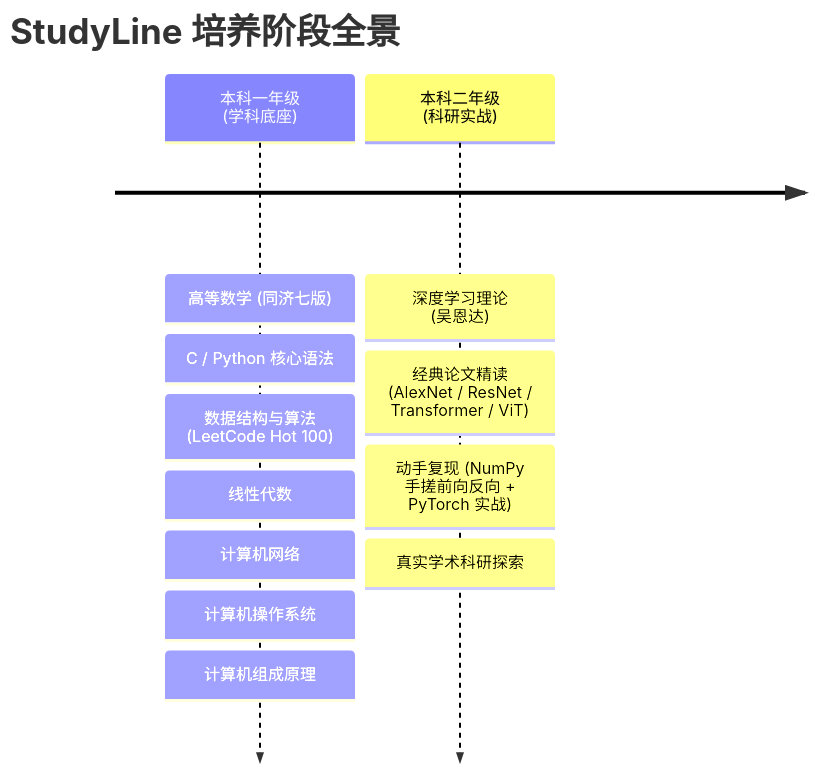
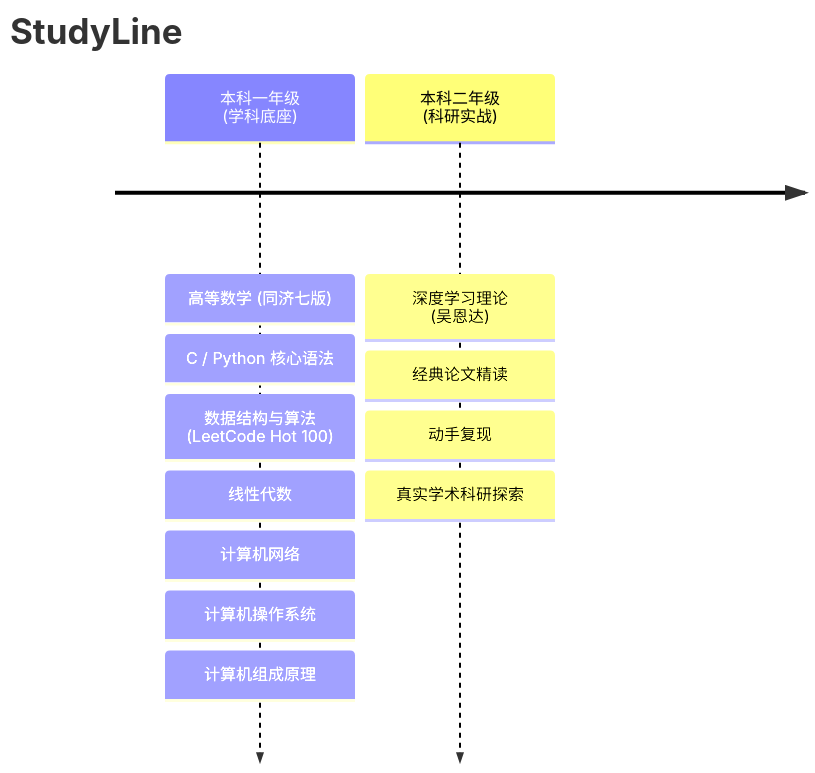
One commit to AntarcticLu/studyline changed the diagram in README.md. Above: the diagram before and after it, drawn with Mermaid. The commit also changed other lines of this file, not shown here.

````diff
--- a/README.md
+++ b/README.md
@@ -24,6 +20,6 @@
 ```mermaid
 timeline
-    title StudyLine 培养阶段全景
+    title StudyLine 
     本科一年级 (学科底座) : 高等数学 (同济七版) : C / Python 核心语法 : 数据结构与算法 (LeetCode Hot 100) : 线性代数 : 计算机网络 : 计算机操作系统 : 计算机组成原理
-    本科二年级 (科研实战) : 深度学习理论 (吴恩达) : 经典论文精读 (AlexNet / ResNet / Transformer / ViT) : 动手复现 (NumPy 手搓前向反向 + PyTorch 实战) : 真实学术科研探索
+    本科二年级 (科研实战) : 深度学习理论 (吴恩达) : 经典论文精读: 动手复现 : 真实学术科研探索
 ```
````
